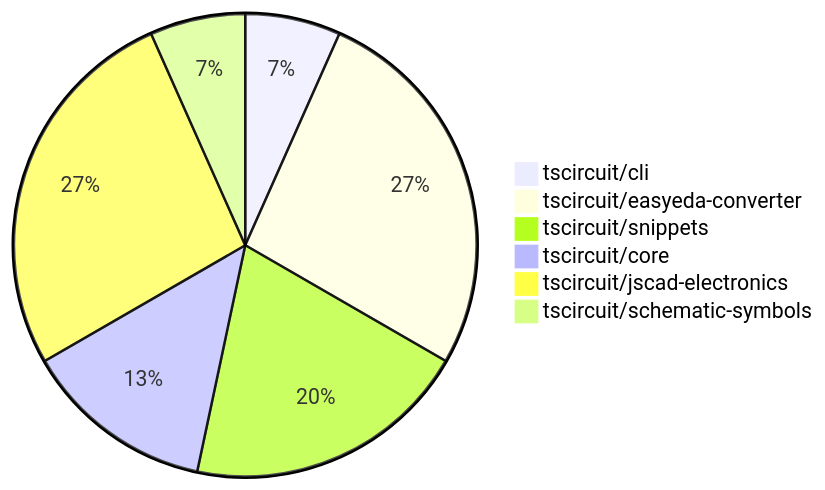
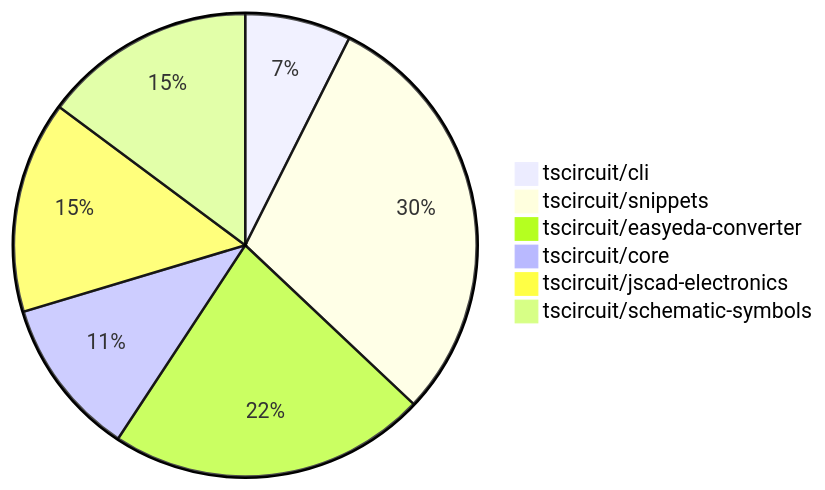
The diagram in contribution-overviews/2024-10-12.md (tscircuit/contribution-tracker), drawn with Mermaid before and after one commit. The commit also changed other lines of this file and 1 other file, not shown here.

````diff
--- a/contribution-overviews/2024-10-12.md
+++ b/contribution-overviews/2024-10-12.md
@@ -5,9 +5,9 @@
 ```mermaid
 pie
-    "tscircuit/cli" : 1
-    "tscircuit/easyeda-converter" : 4
-    "tscircuit/snippets" : 3
-    "tscircuit/core" : 2
+    "tscircuit/cli" : 2
+    "tscircuit/snippets" : 8
+    "tscircuit/easyeda-converter" : 6
+    "tscircuit/core" : 3
     "tscircuit/jscad-electronics" : 4
-    "tscircuit/schematic-symbols" : 1
+    "tscircuit/schematic-symbols" : 4
 ```
````
